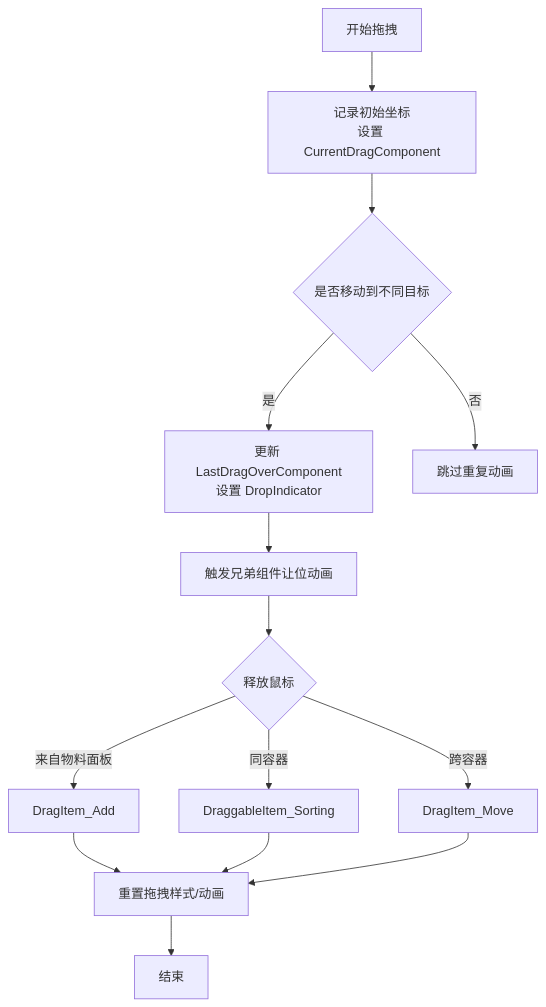
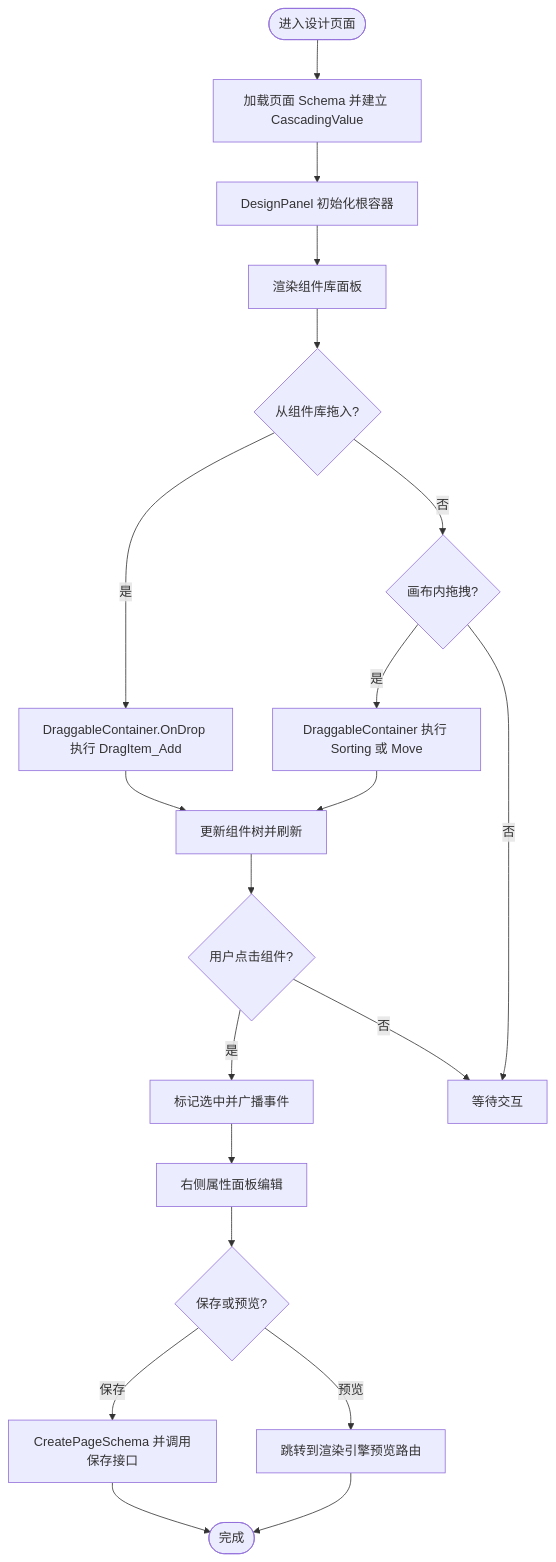
One commit to openlowcodelab/lowcode changed the fourth of 5 diagrams in .qoder/repowiki/zh/content/低代码平台/设计引擎/页面设计器.md. Above: the diagram before and after it, drawn with Mermaid. The commit also changed other lines of this file and 223 other files, not shown here.

````diff
--- a/.qoder/repowiki/zh/content/低代码平台/设计引擎/页面设计器.md
+++ b/.qoder/repowiki/zh/content/低代码平台/设计引擎/页面设计器.md
@@ -209,16 +311,22 @@
 ```mermaid
 flowchart TD
-    Start["开始拖拽"] --> Init["记录初始坐标<br/>设置 CurrentDragComponent"]
-    Init --> Over{"是否移动到不同目标"}
-    Over -->|是| Update["更新 LastDragOverComponent<br/>设置 DropIndicator"]
-    Over -->|否| Skip["跳过重复动画"]
-    Update --> Animate["触发兄弟组件让位动画"]
-    Animate --> EndDrop{"释放鼠标"}
-    EndDrop -->|来自物料面板| Add["DragItem_Add"]
-    EndDrop -->|同容器| Sort["DraggableItem_Sorting"]
-    EndDrop -->|跨容器| Move["DragItem_Move"]
-    Add --> Reset["重置拖拽样式/动画"]
-    Sort --> Reset
-    Move --> Reset
-    Reset --> Finish["结束"]
+    Start(["进入设计页面"]) --> Load["加载页面 Schema 并建立 CascadingValue"]
+    Load --> InitRoot["DesignPanel 初始化根容器"]
+    InitRoot --> ShowPanel["渲染组件库面板"]
+    ShowPanel --> DragFromPanel{"从组件库拖入?"}
+    DragFromPanel -->|是| DropAdd["DraggableContainer.OnDrop 执行 DragItem_Add"]
+    DragFromPanel -->|否| InnerDrag{"画布内拖拽?"}
+    InnerDrag -->|是| SortMove["DraggableContainer 执行 Sorting 或 Move"]
+    InnerDrag -->|否| Idle["等待交互"]
+    DropAdd --> UpdateTree["更新组件树并刷新"]
+    SortMove --> UpdateTree
+    UpdateTree --> SelectItem{"用户点击组件?"}
+    SelectItem -->|是| MarkSelected["标记选中并广播事件"]
+    SelectItem -->|否| Idle
+    MarkSelected --> EditProps["右侧属性面板编辑"]
+    EditProps --> SaveOrPreview{"保存或预览?"}
+    SaveOrPreview -->|保存| Persist["CreatePageSchema 并调用保存接口"]
+    SaveOrPreview -->|预览| Navigate["跳转到渲染引擎预览路由"]
+    Persist --> End(["完成"])
+    Navigate --> End
 ```
````
